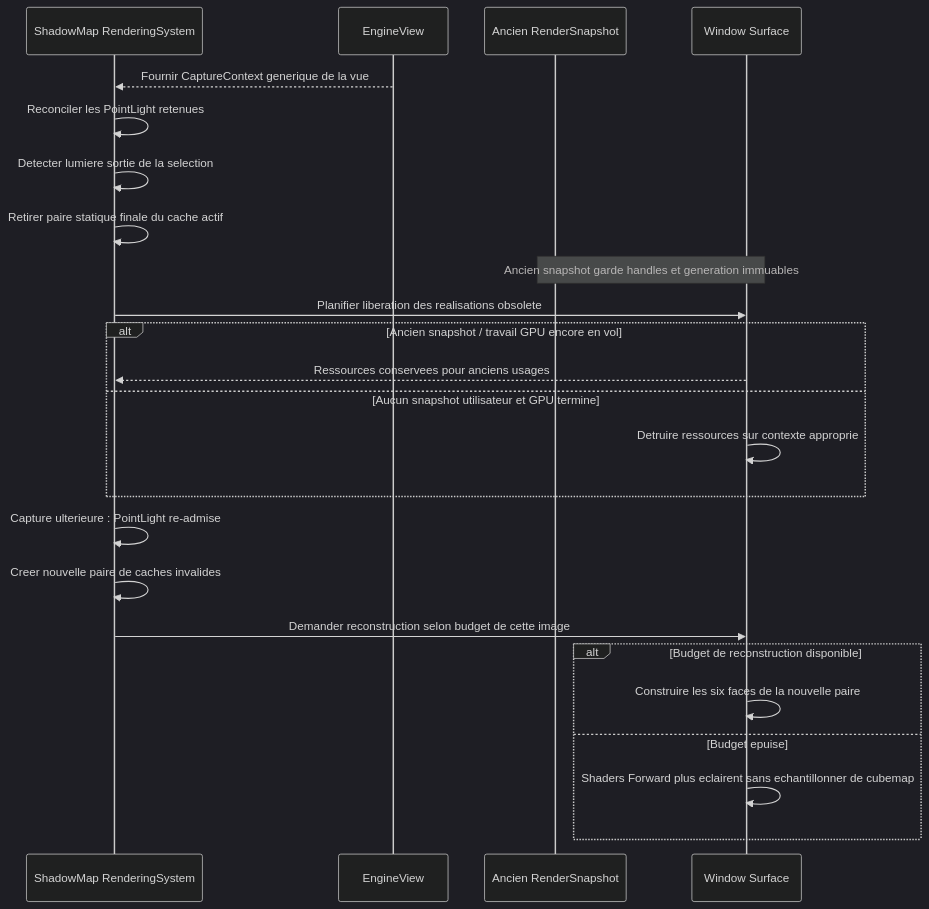
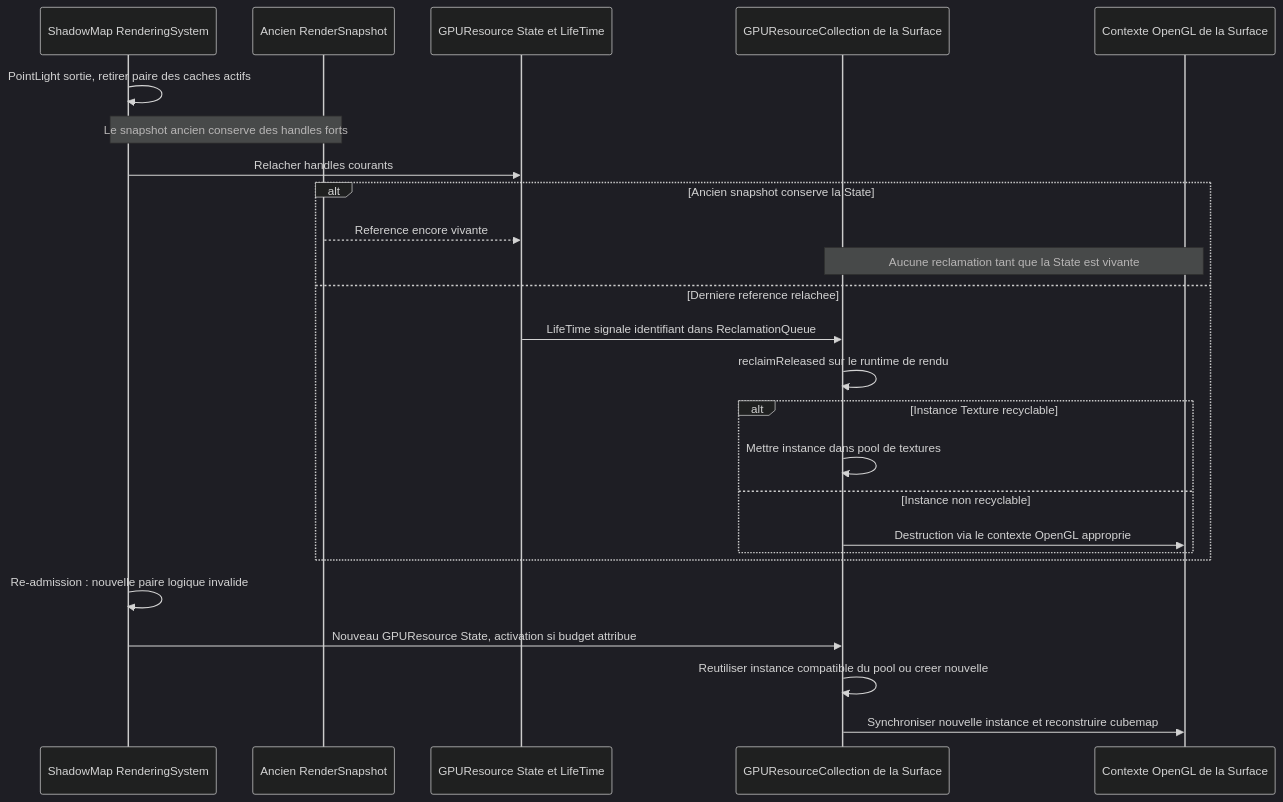
Before and after one commit to EreliaStudio/Sparkle: the eighth of 19 diagrams in docs/voxel-engine-v0.1.4-specification.md, drawn with Mermaid (dark theme). The commit also changed other lines of this file, not shown here.

Commit message:
docs(v0.1.4): reuse existing GPUResource lifetime queue and native texture pools for ShadowMap eviction

````diff
--- a/docs/voxel-engine-v0.1.4-specification.md
+++ b/docs/voxel-engine-v0.1.4-specification.md
@@ -757,26 +761,27 @@
 ```mermaid
 sequenceDiagram
-    participant SEL as ShadowMap RenderingSystem
-    participant VIEW as EngineView
+    participant SH as ShadowMap RenderingSystem
     participant SNAP as Ancien RenderSnapshot
-    participant GPU as Window Surface
-    VIEW-->>SEL: Fournir CaptureContext generique de la vue
-    SEL->>SEL: Reconciler les PointLight retenues
-    SEL->>SEL: Detecter lumiere sortie de la selection
-    SEL->>SEL: Retirer paire statique finale du cache actif
-    Note over SNAP,GPU: Ancien snapshot garde handles et generation immuables
-    SEL->>GPU: Planifier liberation des realisations obsolete
-    alt Ancien snapshot / travail GPU encore en vol
-        GPU-->>SEL: Ressources conservees pour anciens usages
-    else Aucun snapshot utilisateur et GPU termine
-        GPU->>GPU: Detruire ressources sur contexte approprie
+    participant STATE as GPUResource State et LifeTime
+    participant COL as GPUResourceCollection de la Surface
+    participant GPU as Contexte OpenGL de la Surface
+    SH->>SH: PointLight sortie, retirer paire des caches actifs
+    Note over SH,SNAP: Le snapshot ancien conserve des handles forts
+    SH->>STATE: Relacher handles courants
+    alt Ancien snapshot conserve la State
+        SNAP-->>STATE: Reference encore vivante
+        Note over COL,GPU: Aucune reclamation tant que la State est vivante
+    else Derniere reference relachee
+        STATE->>COL: LifeTime signale identifiant dans ReclamationQueue
+        COL->>COL: reclaimReleased sur le runtime de rendu
+        alt Instance Texture recyclable
+            COL->>COL: Mettre instance dans pool de textures
+        else Instance non recyclable
+            COL->>GPU: Destruction via le contexte OpenGL approprie
+        end
     end
-    SEL->>SEL: Capture ulterieure : PointLight re-admise
-    SEL->>SEL: Creer nouvelle paire de caches invalides
-    SEL->>GPU: Demander reconstruction selon budget de cette image
-    alt Budget de reconstruction disponible
-        GPU->>GPU: Construire les six faces de la nouvelle paire
-    else Budget epuise
-        GPU->>GPU: Shaders Forward plus eclairent sans echantillonner de cubemap
-    end
+    SH->>SH: Re-admission : nouvelle paire logique invalide
+    SH->>COL: Nouveau GPUResource State, activation si budget attribue
+    COL->>COL: Reutiliser instance compatible du pool ou creer nouvelle
+    COL->>GPU: Synchroniser nouvelle instance et reconstruire cubemap
 ```
````
